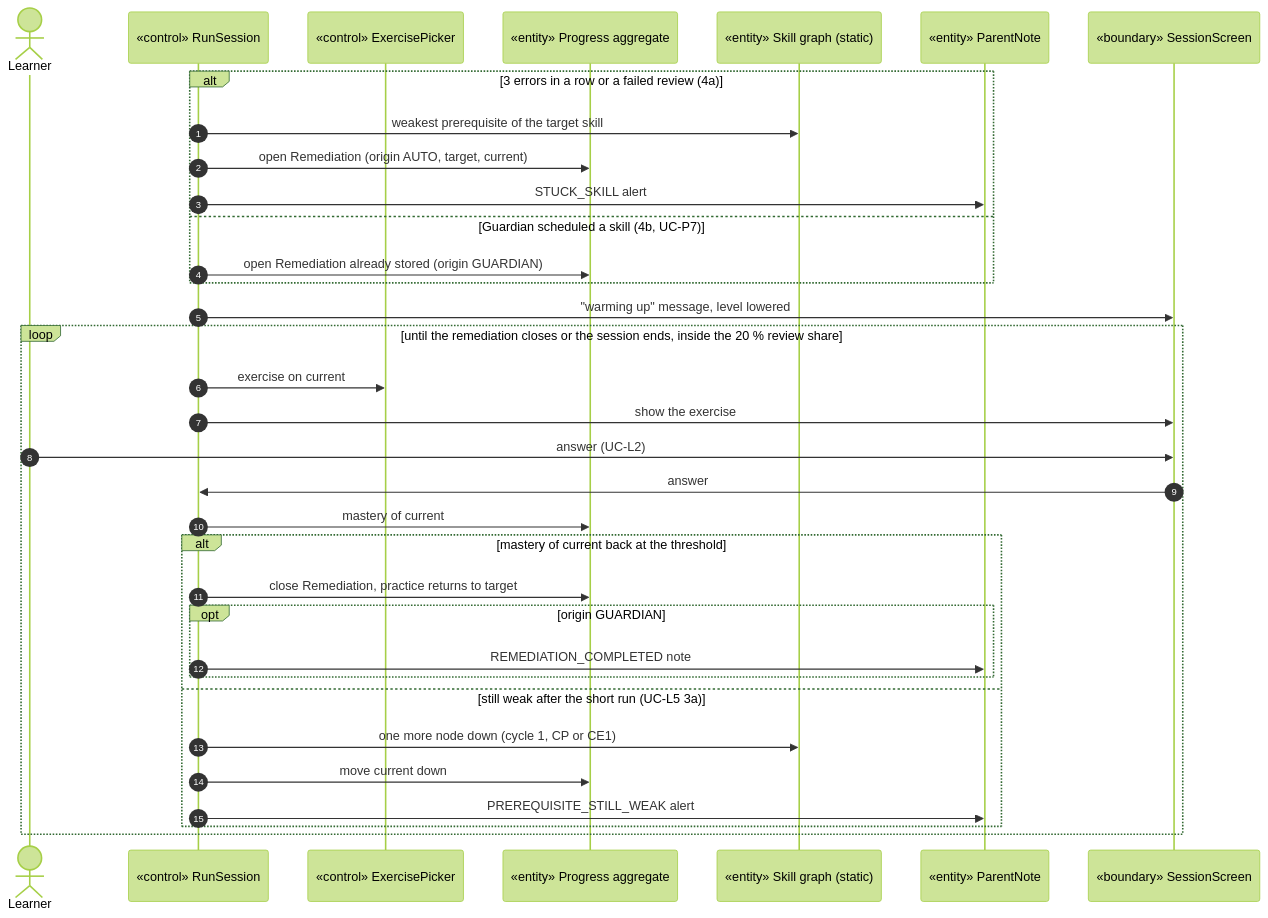
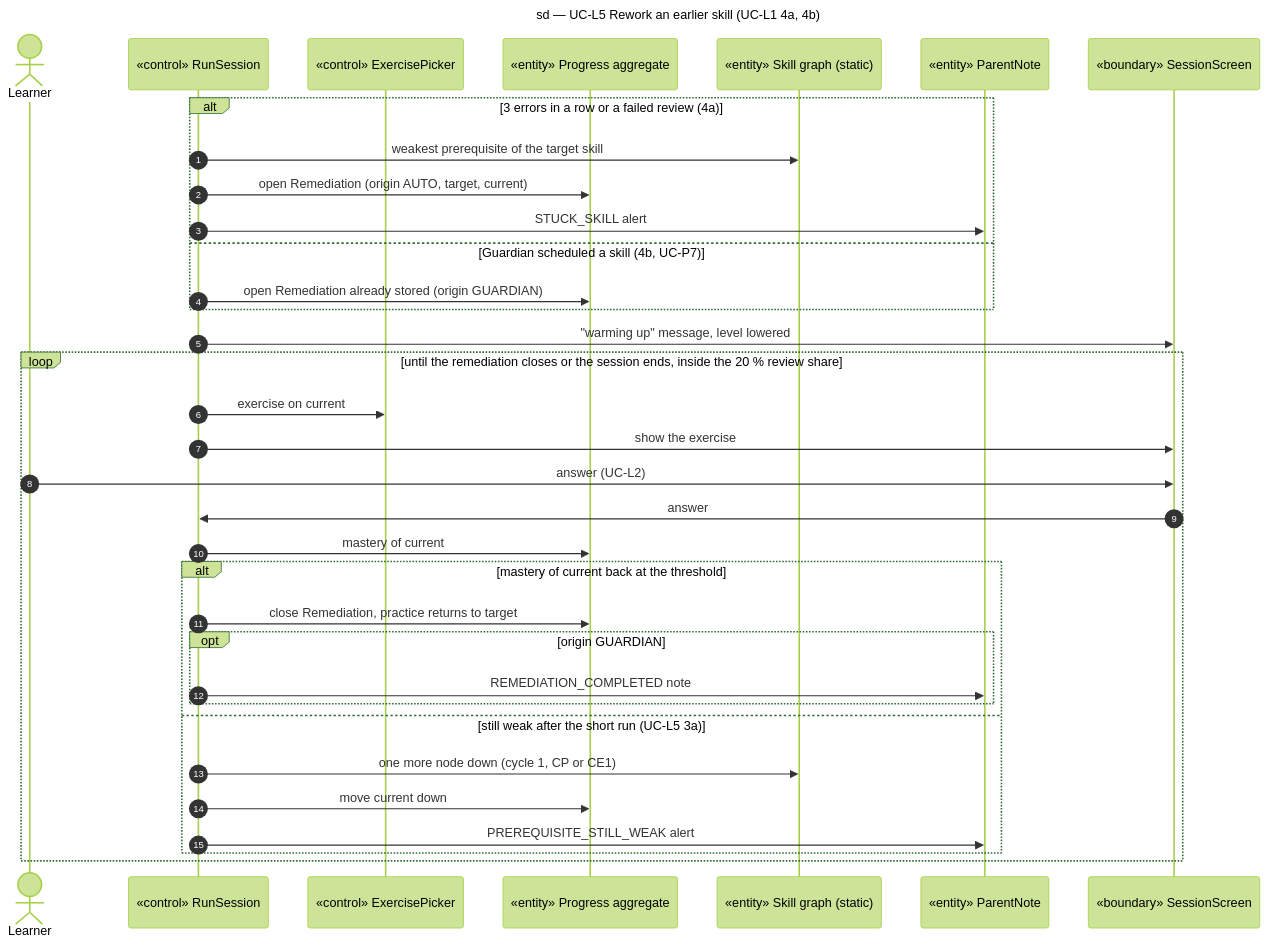
Before and after one commit to benoit-bremaud/learn-to-earn: the diagram in docs/architecture/diagrams/learning/04-sequence-remediation.md, drawn with Mermaid (forest theme). The commit also changed 17 other files, not shown here.

First line of the commit message:
docs(architecture): joint sequence review fixes

````diff
--- a/docs/architecture/diagrams/learning/04-sequence-remediation.md
+++ b/docs/architecture/diagrams/learning/04-sequence-remediation.md
@@ -16,37 +16,38 @@
 ```mermaid
 sequenceDiagram
+  title sd — UC-L5 Rework an earlier skill (UC-L1 4a, 4b)
   autonumber
   actor Learner
   participant Ctl as «control» RunSession
   participant Sel as «control» ExercisePicker
   participant Progress as «entity» Progress aggregate
   participant Graph as «entity» Skill graph (static)
   participant Notes as «entity» ParentNote
   participant UI as «boundary» SessionScreen
 
   alt 3 errors in a row or a failed review (4a)
     Ctl->>Graph: weakest prerequisite of the target skill
     Ctl->>Progress: open Remediation (origin AUTO, target, current)
     Ctl->>Notes: STUCK_SKILL alert
   else Guardian scheduled a skill (4b, UC-P7)
     Ctl->>Progress: open Remediation already stored (origin GUARDIAN)
   end
   Ctl->>UI: "warming up" message, level lowered
   loop until the remediation closes or the session ends, inside the 20 % review share
     Ctl->>Sel: exercise on current
     Ctl->>UI: show the exercise
     Learner->>UI: answer (UC-L2)
     UI->>Ctl: answer
     Ctl->>Progress: mastery of current
     alt mastery of current back at the threshold
       Ctl->>Progress: close Remediation, practice returns to target
       opt origin GUARDIAN
         Ctl->>Notes: REMEDIATION_COMPLETED note
       end
     else still weak after the short run (UC-L5 3a)
       Ctl->>Graph: one more node down (cycle 1, CP or CE1)
       Ctl->>Progress: move current down
       Ctl->>Notes: PREREQUISITE_STILL_WEAK alert
     end
   end
 ```
````
